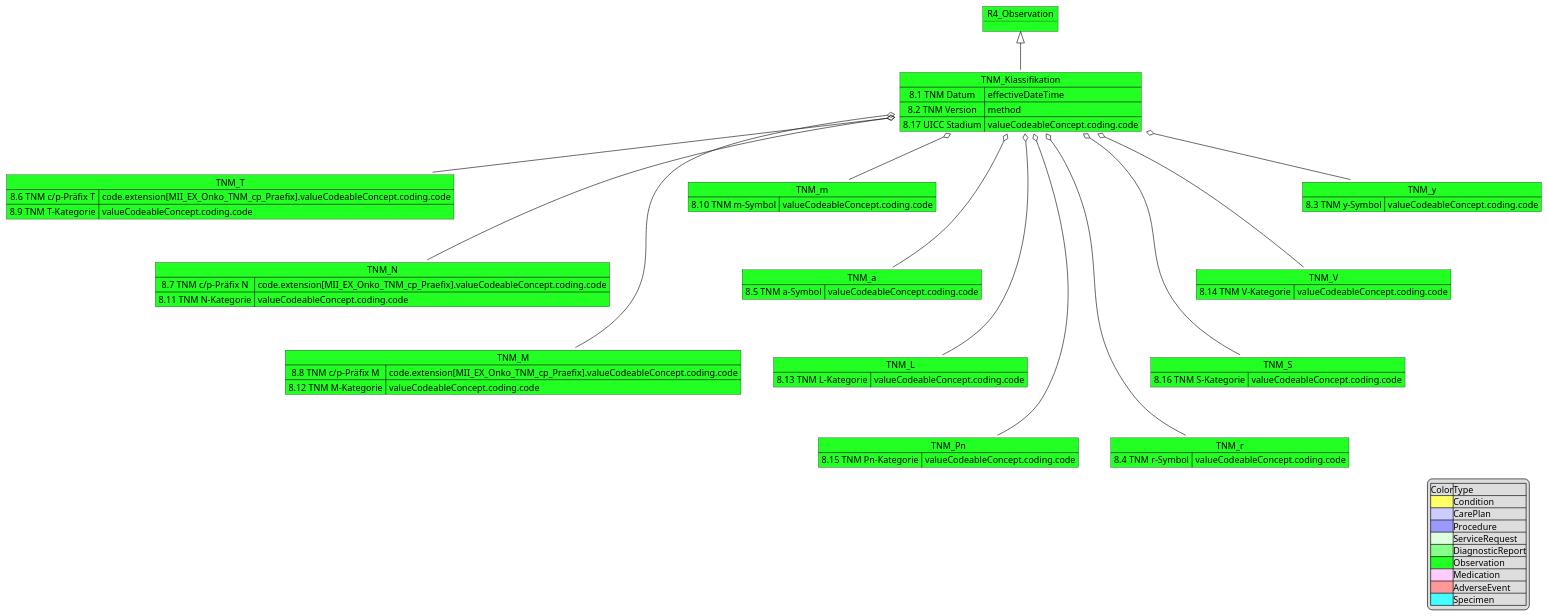
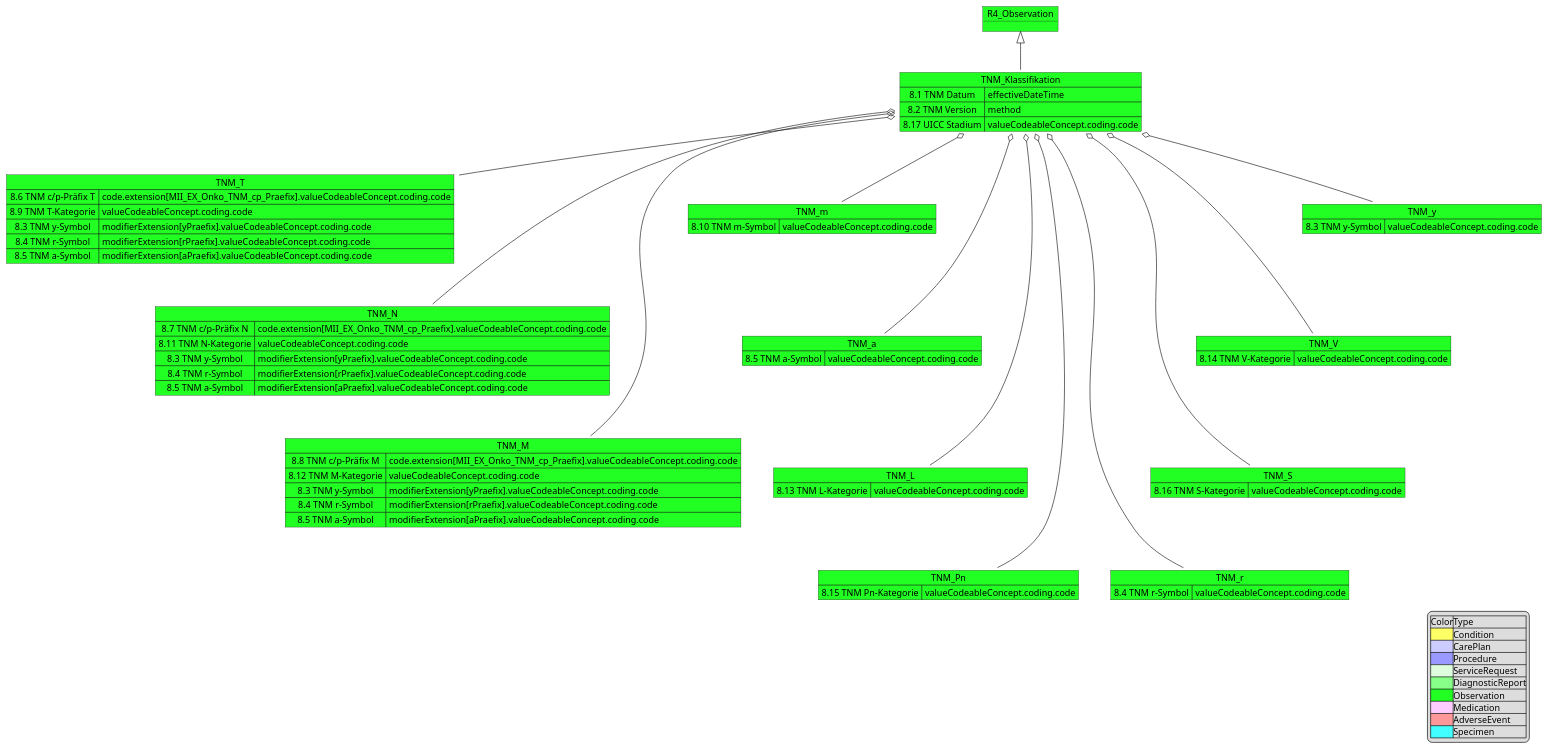
The diagram in input/images-source/MII_Onko_08_TNM.pu (medizininformatik-initiative/kerndatensatzmodul-onkologie), drawn with PlantUML before and after one commit. The commit also changed 25 other files, not shown here.

First line of the commit message:
feat: TNM y/r/a-Präfixe als modifierExtension auf Kategorie-Ebene (#189, beads 14w.24)

```diff
--- a/input/images-source/MII_Onko_08_TNM.pu
+++ b/input/images-source/MII_Onko_08_TNM.pu
@@ -1,74 +1,83 @@
 @startuml MII_Onko_08_TNM
 object R4_Observation #22FF22
 
 Map TNM_Klassifikation #22FF22 {
   8.1 TNM Datum  => effectiveDateTime 
   8.2 TNM Version =>method 
   8.17 UICC Stadium => valueCodeableConcept.coding.code
 }
 R4_Observation <|-down- TNM_Klassifikation
 
 Map TNM_T #22FF22{
     8.6 TNM c/p-Präfix T => code.extension[MII_EX_Onko_TNM_cp_Praefix].valueCodeableConcept.coding.code
     8.9 TNM T-Kategorie => valueCodeableConcept.coding.code
+    8.3 TNM y-Symbol => modifierExtension[yPraefix].valueCodeableConcept.coding.code
+    8.4 TNM r-Symbol => modifierExtension[rPraefix].valueCodeableConcept.coding.code
+    8.5 TNM a-Symbol => modifierExtension[aPraefix].valueCodeableConcept.coding.code
    }
 
 TNM_Klassifikation o-- TNM_T
 Map TNM_N #22FF22{
     8.7 TNM c/p-Präfix N => code.extension[MII_EX_Onko_TNM_cp_Praefix].valueCodeableConcept.coding.code
     8.11 TNM N-Kategorie => valueCodeableConcept.coding.code
+    8.3 TNM y-Symbol => modifierExtension[yPraefix].valueCodeableConcept.coding.code
+    8.4 TNM r-Symbol => modifierExtension[rPraefix].valueCodeableConcept.coding.code
+    8.5 TNM a-Symbol => modifierExtension[aPraefix].valueCodeableConcept.coding.code
    }
 TNM_Klassifikation o--- TNM_N
 Map TNM_M #22FF22{
     8.8 TNM c/p-Präfix M => code.extension[MII_EX_Onko_TNM_cp_Praefix].valueCodeableConcept.coding.code
     8.12 TNM M-Kategorie => valueCodeableConcept.coding.code
+    8.3 TNM y-Symbol => modifierExtension[yPraefix].valueCodeableConcept.coding.code
+    8.4 TNM r-Symbol => modifierExtension[rPraefix].valueCodeableConcept.coding.code
+    8.5 TNM a-Symbol => modifierExtension[aPraefix].valueCodeableConcept.coding.code
    }
 TNM_Klassifikation o---- TNM_M
 Map TNM_m #22FF22{
     8.10 TNM m-Symbol => valueCodeableConcept.coding.code
 }
 TNM_Klassifikation o-- TNM_m
 Map TNM_a #22FF22{
     8.5 TNM a-Symbol => valueCodeableConcept.coding.code
 }
 TNM_Klassifikation o--- TNM_a
 Map TNM_L #22FF22{
     8.13 TNM L-Kategorie => valueCodeableConcept.coding.code
 }
 TNM_Klassifikation o---- TNM_L
 Map TNM_Pn #22FF22{
     8.15 TNM Pn-Kategorie => valueCodeableConcept.coding.code
 }
 TNM_Klassifikation o----- TNM_Pn
 Map TNM_r #22FF22{
     8.4 TNM r-Symbol => valueCodeableConcept.coding.code
 }
 TNM_Klassifikation o----- TNM_r
 Map TNM_S #22FF22{
     8.16 TNM S-Kategorie => valueCodeableConcept.coding.code
 }
 TNM_Klassifikation o---- TNM_S
 Map TNM_V #22FF22{
     8.14 TNM V-Kategorie => valueCodeableConcept.coding.code
 }
 TNM_Klassifikation o--- TNM_V
 Map TNM_y #22FF22{
     8.3 TNM y-Symbol => valueCodeableConcept.coding.code
 }
 TNM_Klassifikation o-- TNM_y
 
 legend right 
 |Color|Type|
 |<#FFFF66>|Condition|
 |<#CCCCFF>|CarePlan|
 |<#9999FF>|Procedure|
 |<#DDFFDD>|ServiceRequest|
 |<#88FF88>|DiagnosticReport|
 |<#22FF22>|Observation|
 |<#FFCCFF>|Medication|
 |<#FF9999>|AdverseEvent|
 |<#44FFFF>|Specimen|
 endlegend
 
 
 @enduml
```
